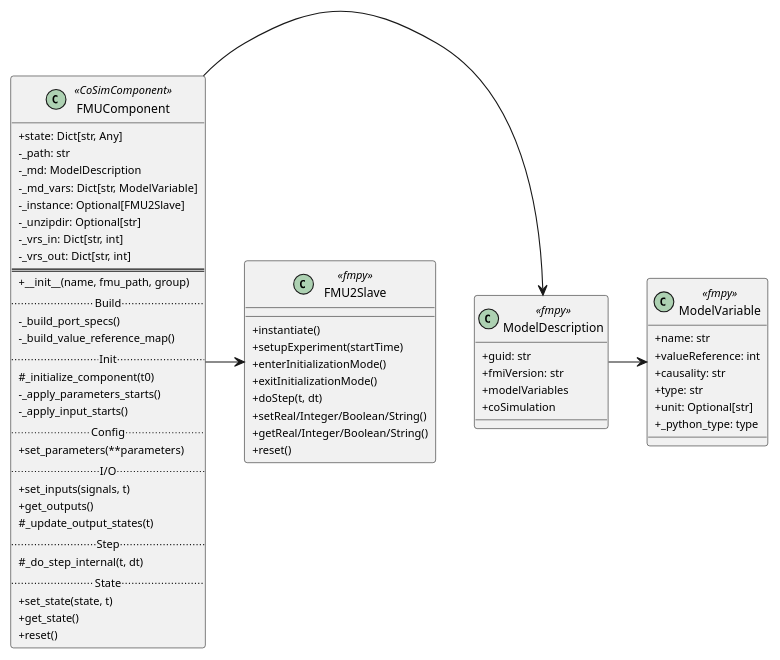
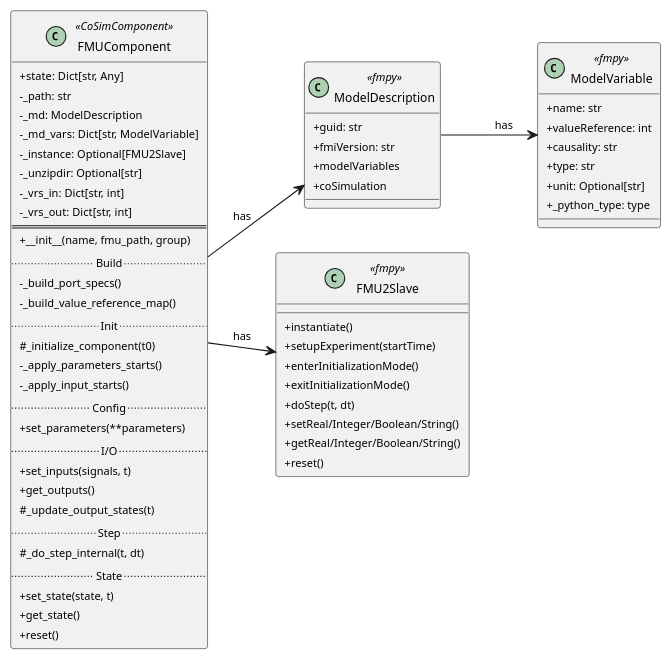
Before and after one commit to FlorianFrech/SystemSimulation: the diagram in docs/diagrams/src/class/components/fmu_comp.puml, drawn with PlantUML. The commit also changed 29 other files, not shown here.

Commit message:
Update Diagrams and Pendulum State Synchronization

```diff
--- a/docs/diagrams/src/class/components/fmu_comp.puml
+++ b/docs/diagrams/src/class/components/fmu_comp.puml
@@ -1,79 +1,90 @@
 @startuml FMUComponent
 
+' ============================================================================
+' STYLING
+' ============================================================================
+
 skinparam classAttributeIconSize 0
-skinparam padding 1
+skinparam padding 2
 skinparam defaultFontSize 10
 skinparam classFontSize 11
+skinparam nodesep 40
+skinparam ranksep 40
+
+' Color scheme - clean white background
+skinparam backgroundColor white
+
+' Remove yellow/red default colors
+skinparam shadowing false
+
+left to right direction
 
 ' ============================================================================
 ' FMU COMPONENT CLASS
 ' ============================================================================
 
 class FMUComponent <<CoSimComponent>>{
     + state: Dict[str, Any]
     - _path: str
     - _md: ModelDescription
     - _md_vars: Dict[str, ModelVariable]
     - _instance: Optional[FMU2Slave]
     - _unzipdir: Optional[str]
     - _vrs_in: Dict[str, int]
     - _vrs_out: Dict[str, int]
     ==
     + __init__(name, fmu_path, group)
     .. Build ..
     - _build_port_specs()
     - _build_value_reference_map()
     .. Init ..
     # _initialize_component(t0)
     - _apply_parameters_starts()
     - _apply_input_starts()
     .. Config ..
     + set_parameters(**parameters)
     .. I/O ..
     + set_inputs(signals, t)
     + get_outputs()
     # _update_output_states(t)
     .. Step ..
     # _do_step_internal(t, dt)
     .. State ..
     + set_state(state, t)
     + get_state()
     + reset()
 }
 
 class ModelDescription <<fmpy>> {
     + guid: str
     + fmiVersion: str
     + modelVariables
     + coSimulation
 }
 
 class ModelVariable <<fmpy>> {
     + name: str
     + valueReference: int
     + causality: str
     + type: str
     + unit: Optional[str]
     + _python_type: type
 }
 
 class FMU2Slave <<fmpy>> {
     + instantiate()
     + setupExperiment(startTime)
     + enterInitializationMode()
     + exitInitializationMode()
     + doStep(t, dt)
     + setReal/Integer/Boolean/String()
     + getReal/Integer/Boolean/String()
     + reset()
 }
 
 ' Layout: FMUComponent on left, everything else to the right
-FMUComponent -right-> ModelDescription
-FMUComponent -right-> FMU2Slave
-ModelDescription -right-> ModelVariable
-
-' Force vertical stacking on right side
-' ModelDescription -[hidden]down- FMU2Slave
+FMUComponent -down-> ModelDescription: has
+FMUComponent -down-> FMU2Slave: has
+ModelDescription -down-> ModelVariable: has
 
 @enduml
```
